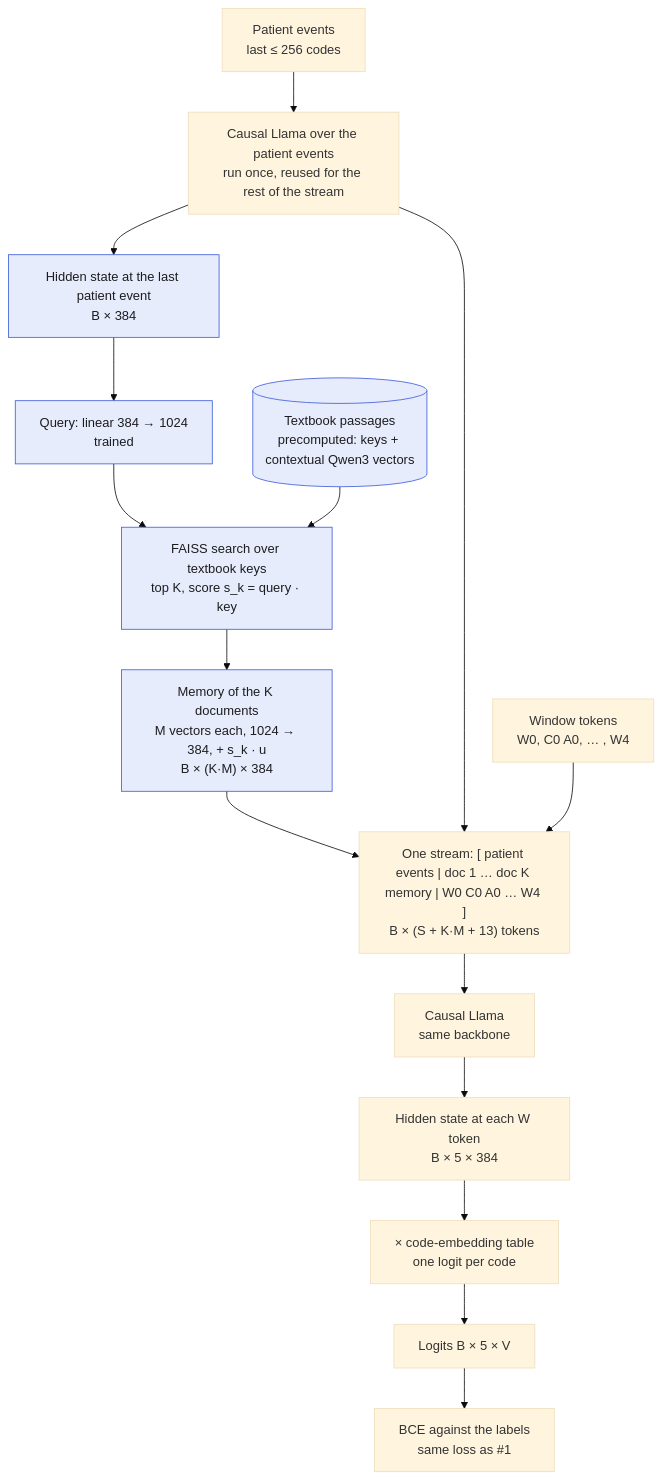
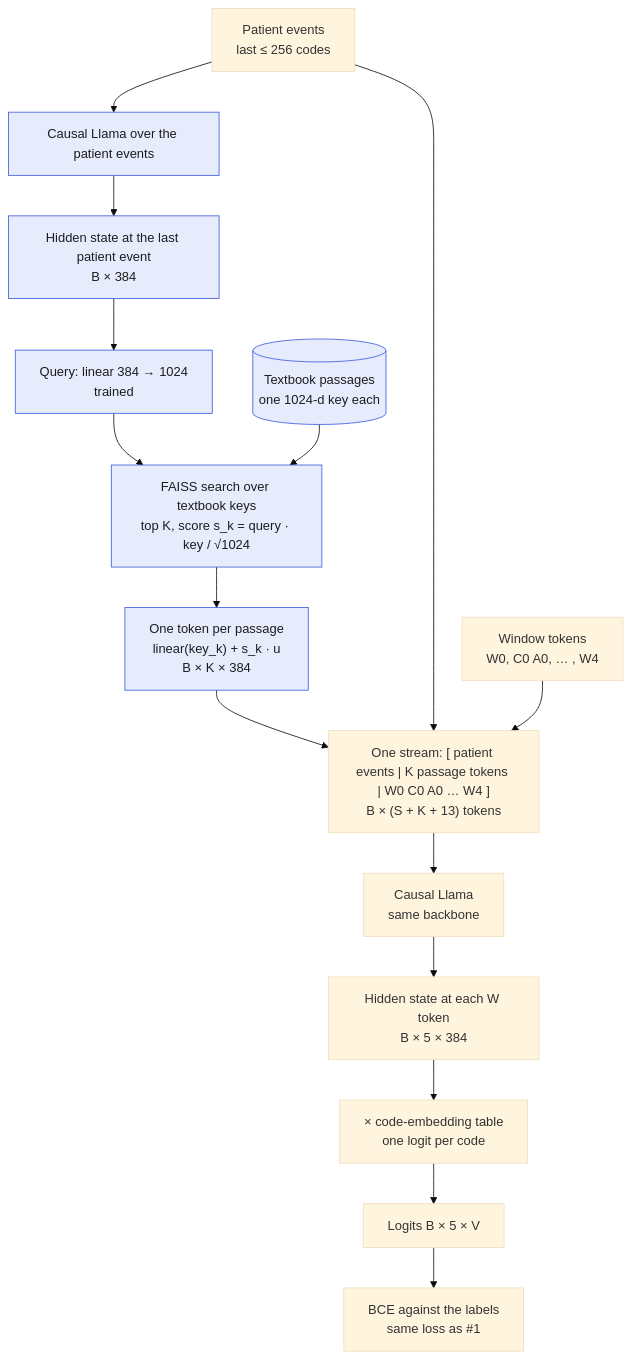
The second of 2 diagrams in everyquery/README.md (McDermottHealthAI/medrap-experiments), drawn with Mermaid (base theme) before and after one commit. The commit also changed other lines of this file and 2 other files, not shown here.

Commit message:
everyquery: simplest retrieval, one token per passage (key + score term), in README, EVERYQUERY.md and design.md

````diff
--- a/everyquery/README.md
+++ b/everyquery/README.md
@@ -34,20 +34,20 @@
 ```mermaid
 flowchart TB
-    P["Patient events<br/>last ≤ 256 codes"] --> LP["Causal Llama over the patient events<br/>run once, reused for the rest of the stream"]
+    P["Patient events<br/>last ≤ 256 codes"] --> LP["Causal Llama over the patient events"]
     LP --> HL["Hidden state at the last patient event<br/>B × 384"]
     HL --> QP["Query: linear 384 → 1024<br/>trained"]
-    QP --> F["FAISS search over textbook keys<br/>top K, score s_k = query · key"]
-    DB[("Textbook passages<br/>precomputed: keys + contextual Qwen3 vectors")] --> F
-    F --> MEM["Memory of the K documents<br/>M vectors each, 1024 → 384, + s_k · u<br/>B × (K·M) × 384"]
-    MEM --> S
-    LP --> S
+    QP --> F["FAISS search over textbook keys<br/>top K, score s_k = query · key / √1024"]
+    DB[("Textbook passages<br/>one 1024-d key each")] --> F
+    F --> DT["One token per passage<br/>linear(key_k) + s_k · u<br/>B × K × 384"]
+    DT --> S
+    P --> S
     Q["Window tokens<br/>W0, C0 A0, … , W4"] --> S
-    S["One stream: [ patient events | doc 1 … doc K memory | W0 C0 A0 … W4 ]<br/>B × (S + K·M + 13) tokens"]
+    S["One stream: [ patient events | K passage tokens | W0 C0 A0 … W4 ]<br/>B × (S + K + 13) tokens"]
     S --> L["Causal Llama<br/>same backbone"]
     L --> H["Hidden state at each W token<br/>B × 5 × 384"]
     H --> R["× code-embedding table<br/>one logit per code"]
     R --> O["Logits B × 5 × V"]
     O --> Loss["BCE against the labels<br/>same loss as #1"]
     classDef added fill:#e7ecfd,stroke:#3b5bdb,color:#1d1d1f
-    class HL,QP,F,DB,MEM added
+    class LP,HL,QP,F,DB,DT added
 ```
````
